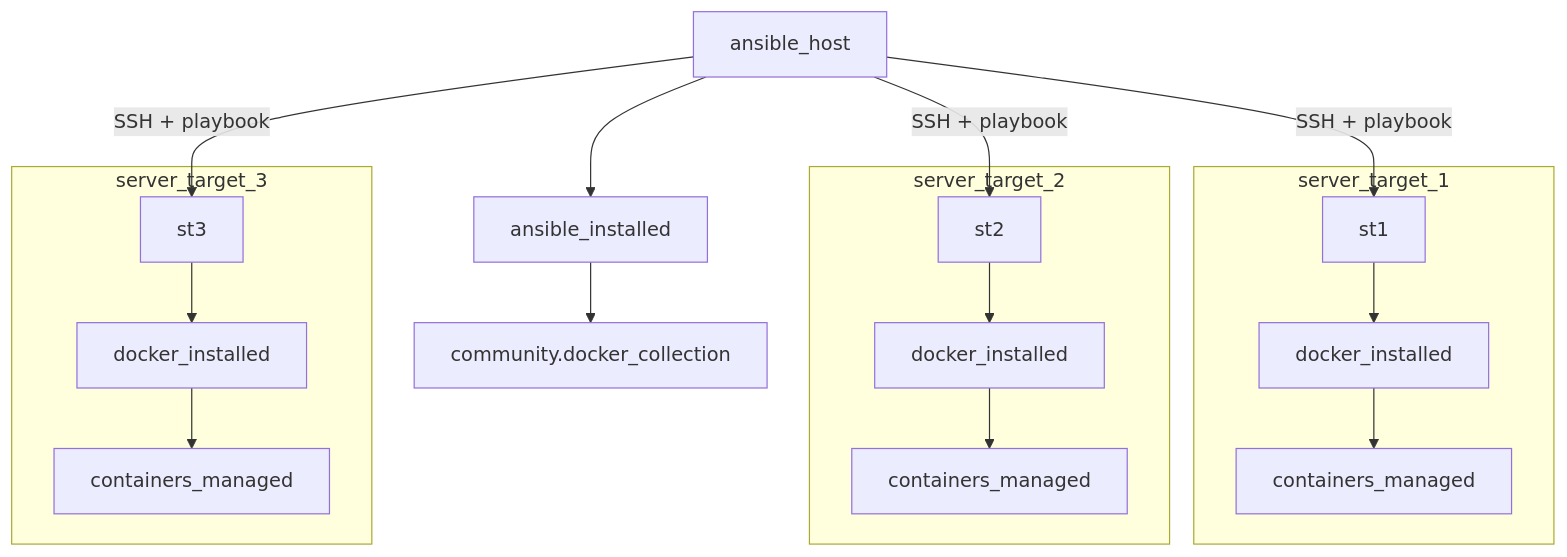
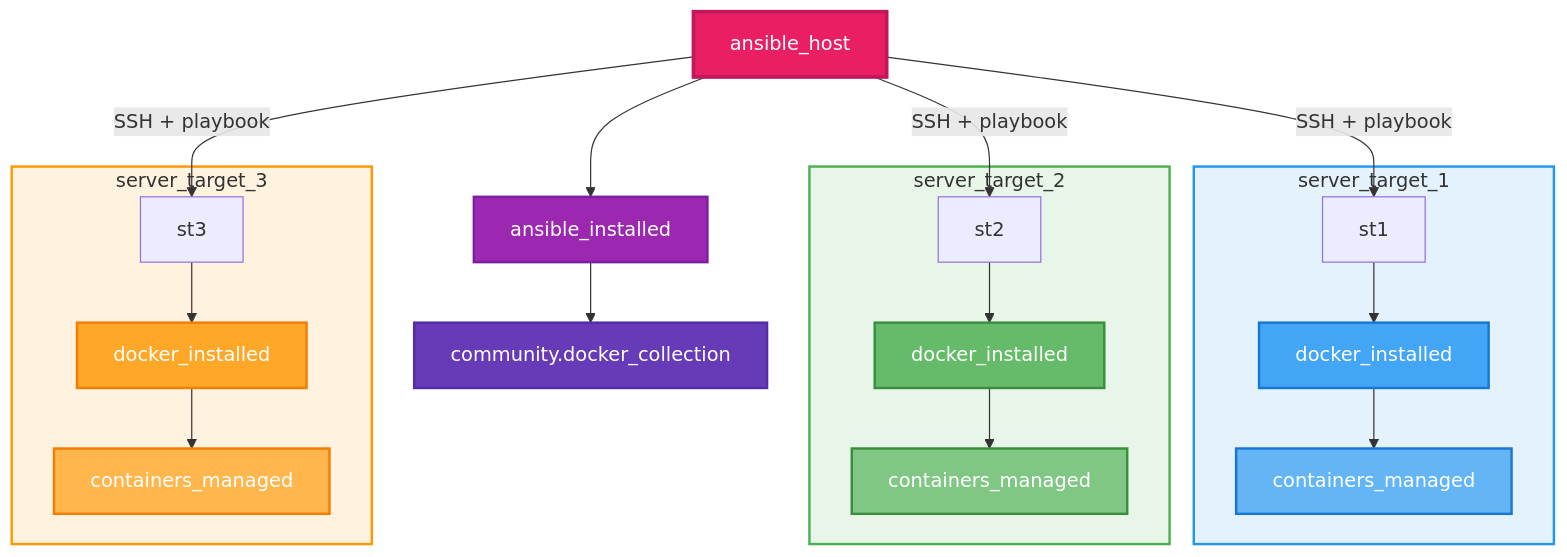
Before and after one commit to JSurquin/ansible: the first of 3 diagrams in pages/ansible.md, drawn with Mermaid. The commit also changed other lines of this file, not shown here.

First line of the commit message:
feat: add critical clarifications for common Ansible pitfalls

````diff
--- a/pages/ansible.md
+++ b/pages/ansible.md
@@ -121,29 +121,42 @@
 ```mermaid
 flowchart TD
     ah[ansible_host]
     ah_ansible[ansible_installed]
     ah_docker[community.docker_collection]
     ah --> ah_ansible --> ah_docker
 
     ah -->|SSH + playbook| st1
     ah -->|SSH + playbook| st2
     ah -->|SSH + playbook| st3
 
     subgraph Server_Target_1 [server_target_1]
         st1_docker[docker_installed]
         st1_containers[containers_managed]
         st1 --> st1_docker --> st1_containers
     end
 
     subgraph Server_Target_2 [server_target_2]
         st2_docker[docker_installed]
         st2_containers[containers_managed]
         st2 --> st2_docker --> st2_containers
     end
 
     subgraph Server_Target_3 [server_target_3]
         st3_docker[docker_installed]
         st3_containers[containers_managed]
         st3 --> st3_docker --> st3_containers
     end
+
+    style ah fill:#e91e63,stroke:#c2185b,stroke-width:3px,color:#fff
+    style ah_ansible fill:#9c27b0,stroke:#7b1fa2,stroke-width:2px,color:#fff
+    style ah_docker fill:#673ab7,stroke:#512da8,stroke-width:2px,color:#fff
+    style Server_Target_1 fill:#e3f2fd,stroke:#2196f3,stroke-width:2px
+    style Server_Target_2 fill:#e8f5e9,stroke:#4caf50,stroke-width:2px
+    style Server_Target_3 fill:#fff3e0,stroke:#ff9800,stroke-width:2px
+    style st1_docker fill:#42a5f5,stroke:#1976d2,stroke-width:2px,color:#fff
+    style st1_containers fill:#64b5f6,stroke:#1976d2,stroke-width:2px,color:#fff
+    style st2_docker fill:#66bb6a,stroke:#388e3c,stroke-width:2px,color:#fff
+    style st2_containers fill:#81c784,stroke:#388e3c,stroke-width:2px,color:#fff
+    style st3_docker fill:#ffa726,stroke:#f57c00,stroke-width:2px,color:#fff
+    style st3_containers fill:#ffb74d,stroke:#f57c00,stroke-width:2px,color:#fff
 ```
````
